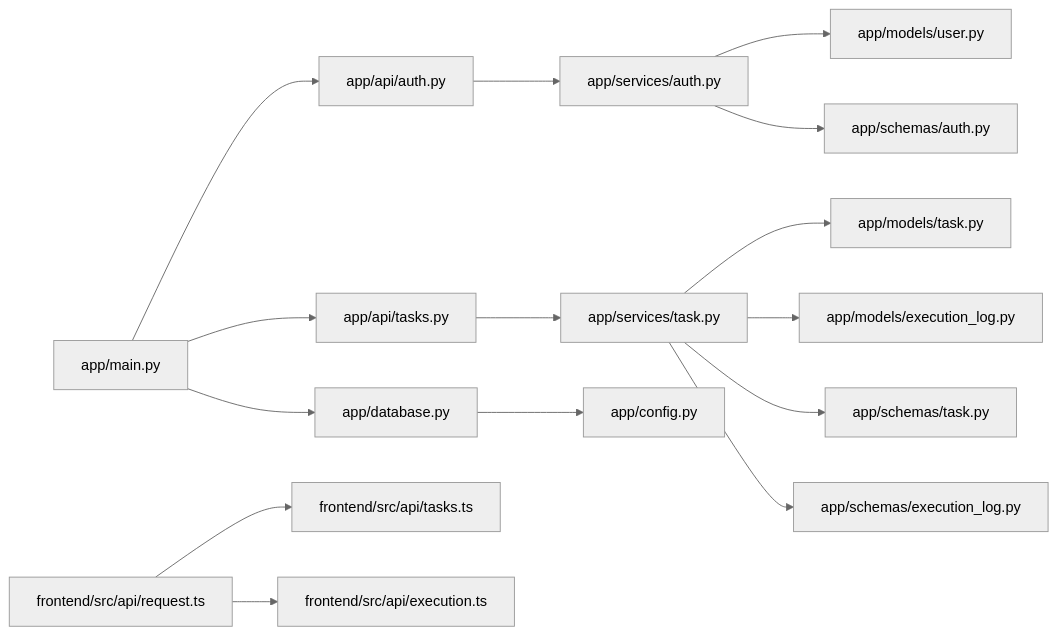
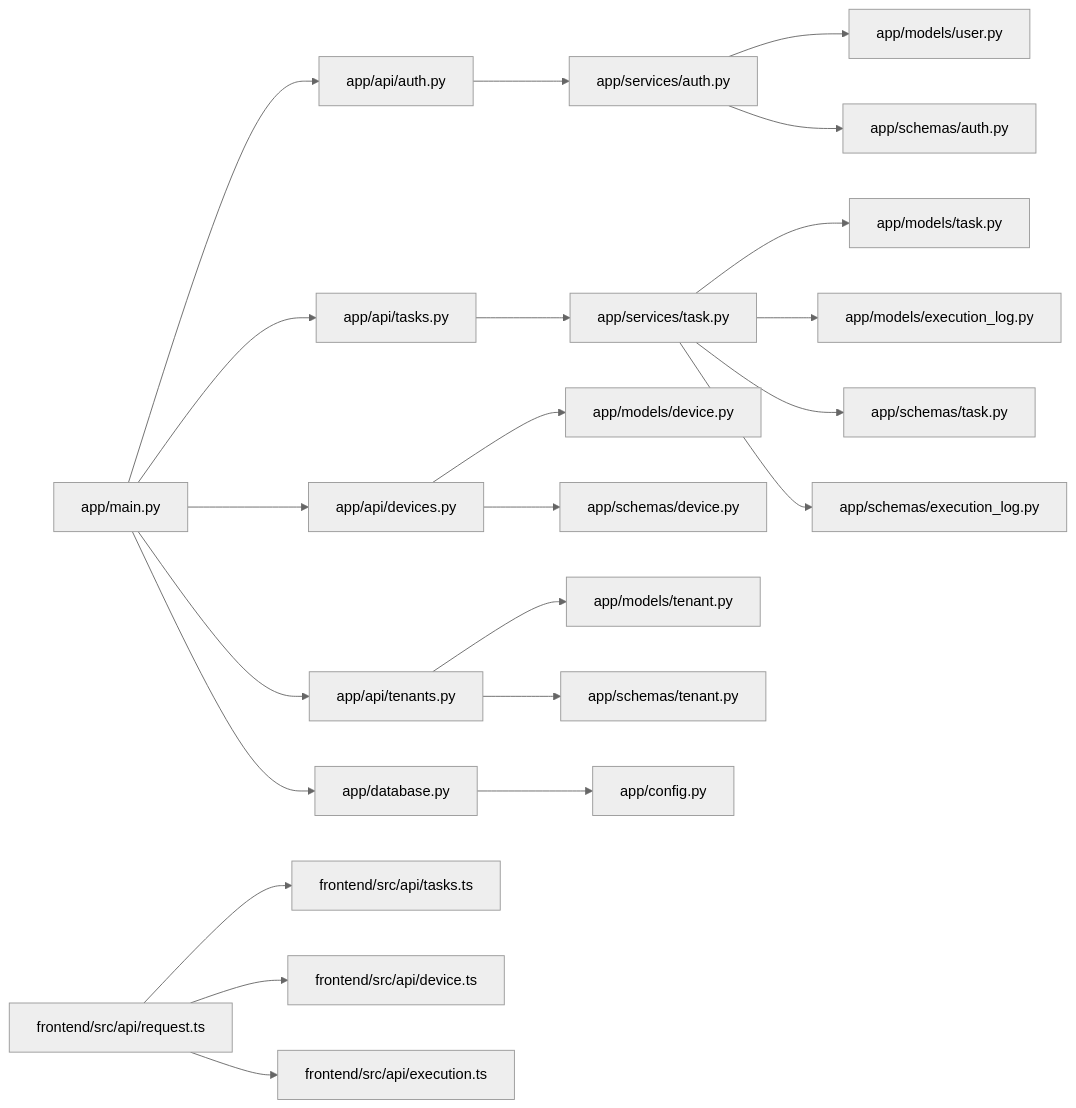
The third of 4 diagrams in .qoder/repowiki/zh/content/API 参考文档/RESTful API 接口.md (onebody/ccclubs_AI_RPA), drawn with Mermaid (neutral theme) before and after one commit. The commit also changed other lines of this file and 16 other files, not shown here.

````diff
--- a/.qoder/repowiki/zh/content/API 参考文档/RESTful API 接口.md
+++ b/.qoder/repowiki/zh/content/API 参考文档/RESTful API 接口.md
@@ -409,17 +586,24 @@
 ```mermaid
 graph LR
 MAIN["app/main.py"] --> AUTH["app/api/auth.py"]
 MAIN --> TASKS["app/api/tasks.py"]
+MAIN --> DEVICES["app/api/devices.py"]
+MAIN --> TENANTS["app/api/tenants.py"]
 TASKS --> SVC_TASK["app/services/task.py"]
 AUTH --> SVC_AUTH["app/services/auth.py"]
 SVC_TASK --> MODEL_TASK["app/models/task.py"]
 SVC_TASK --> MODEL_LOG["app/models/execution_log.py"]
 SVC_AUTH --> MODEL_USER["app/models/user.py"]
 SVC_TASK --> SCHEMA_TASK["app/schemas/task.py"]
 SVC_TASK --> SCHEMA_LOG["app/schemas/execution_log.py"]
 SVC_AUTH --> SCHEMA_AUTH["app/schemas/auth.py"]
+DEVICES --> MODEL_DEVICE["app/models/device.py"]
+DEVICES --> SCHEMA_DEVICE["app/schemas/device.py"]
+TENANTS --> MODEL_TENANT["app/models/tenant.py"]
+TENANTS --> SCHEMA_TENANT["app/schemas/tenant.py"]
 MAIN --> DB["app/database.py"]
 DB --> CFG["app/config.py"]
 FE_REQ["frontend/src/api/request.ts"] --> FE_TASKS["frontend/src/api/tasks.ts"]
+FE_REQ --> FE_DEVICE["frontend/src/api/device.ts"]
 FE_REQ --> FE_EXEC["frontend/src/api/execution.ts"]
 ```
````
